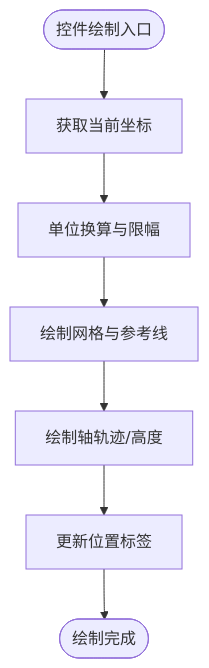
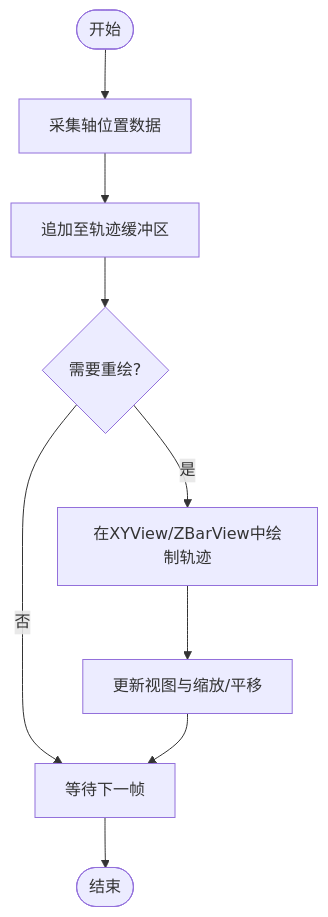
One commit to fuweiq94-cloud/3399180760 changed the fifth of 7 diagrams in .qoder/repowiki/zh/content/项目概述.md. Above: the diagram before and after it, drawn with Mermaid. The commit also changed other lines of this file and 94 other files, not shown here.

````diff
--- a/.qoder/repowiki/zh/content/项目概述.md
+++ b/.qoder/repowiki/zh/content/项目概述.md
@@ -299,9 +260,11 @@
 ```mermaid
 flowchart TD
-Start(["控件绘制入口"]) --> GetPos["获取当前坐标"]
-GetPos --> Convert["单位换算与限幅"]
-Convert --> DrawGrid["绘制网格与参考线"]
-DrawGrid --> DrawAxes["绘制轴轨迹/高度"]
-DrawAxes --> UpdateLabel["更新位置标签"]
-UpdateLabel --> End(["绘制完成"])
+Start(["开始"]) --> Record["采集轴位置数据"]
+Record --> Append["追加至轨迹缓冲区"]
+Append --> Render{"需要重绘?"}
+Render --> |是| Draw["在XYView/ZBarView中绘制轨迹"]
+Render --> |否| Wait["等待下一帧"]
+Draw --> Update["更新视图与缩放/平移"]
+Update --> Wait
+Wait --> End(["结束"])
 ```
````
